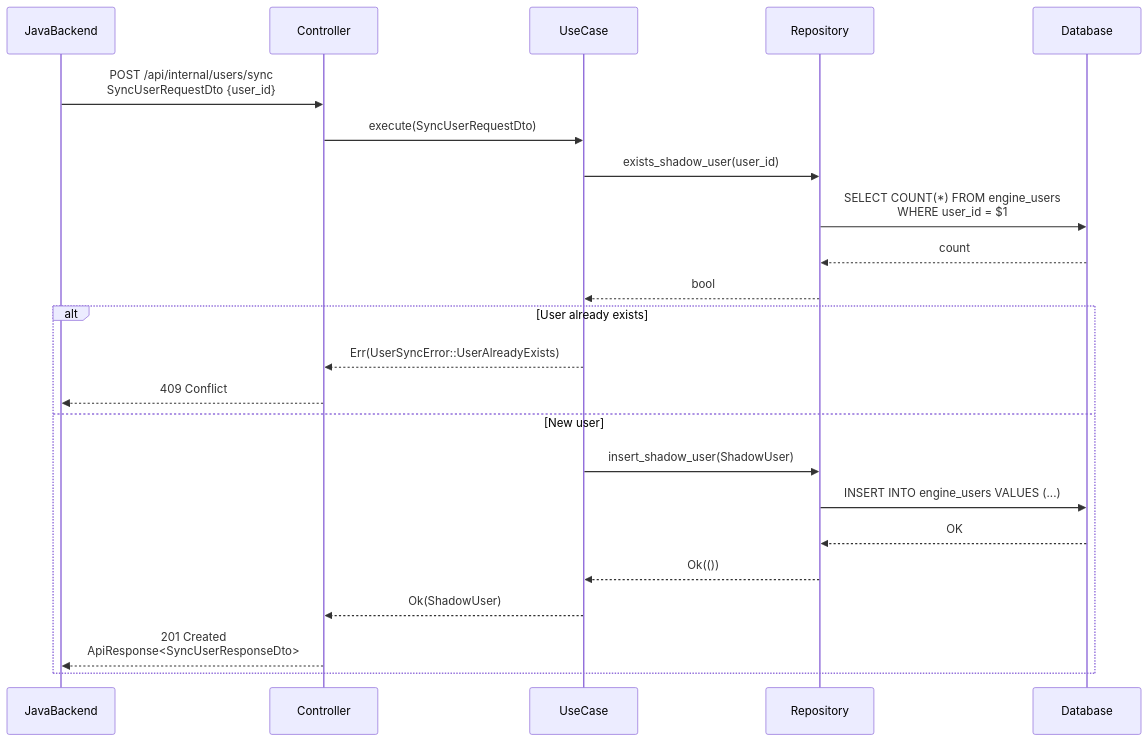
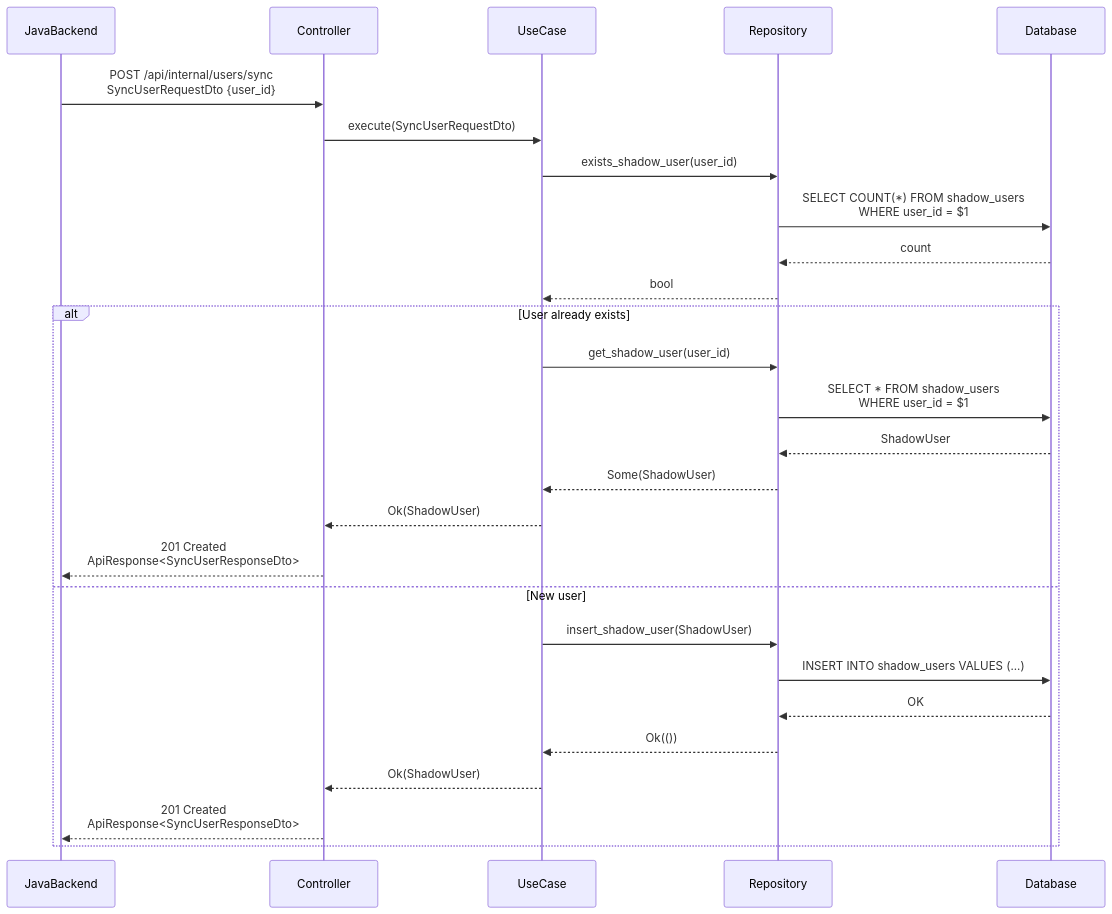
The tenth of 15 diagrams in ARCHITECTURE.md (advprog-2026-A14-project/yomu-backend-rust), drawn with Mermaid before and after one commit. The commit also changed other lines of this file and 1 other file, not shown here.

Commit message:
docs: update ARCHITECTURE.md and README.md with user_sync module details

````diff
--- a/ARCHITECTURE.md
+++ b/ARCHITECTURE.md
@@ -996,28 +1015,31 @@
 ```mermaid
 sequenceDiagram
     participant JavaBackend
     participant Controller
     participant UseCase
     participant Repository
     participant Database
 
     JavaBackend->>Controller: POST /api/internal/users/sync<br/>SyncUserRequestDto {user_id}
     Controller->>UseCase: execute(SyncUserRequestDto)
     UseCase->>Repository: exists_shadow_user(user_id)
-    Repository->>Database: SELECT COUNT(*) FROM engine_users<br/>WHERE user_id = $1
+    Repository->>Database: SELECT COUNT(*) FROM shadow_users<br/>WHERE user_id = $1
     Database-->>Repository: count
     Repository-->>UseCase: bool
 
     alt User already exists
-        UseCase-->>Controller: Err(UserSyncError::UserAlreadyExists)
-        Controller-->>JavaBackend: 409 Conflict
+        UseCase->>Repository: get_shadow_user(user_id)
+        Repository->>Database: SELECT * FROM shadow_users<br/>WHERE user_id = $1
+        Database-->>Repository: ShadowUser
+        Repository-->>UseCase: Some(ShadowUser)
+        UseCase-->>Controller: Ok(ShadowUser)
+        Controller-->>JavaBackend: 201 Created<br/>ApiResponse<SyncUserResponseDto>
     else New user
         UseCase->>Repository: insert_shadow_user(ShadowUser)
-        Repository->>Database: INSERT INTO engine_users VALUES (...)
+        Repository->>Database: INSERT INTO shadow_users VALUES (...)
         Database-->>Repository: OK
         Repository-->>UseCase: Ok(())
-
         UseCase-->>Controller: Ok(ShadowUser)
         Controller-->>JavaBackend: 201 Created<br/>ApiResponse<SyncUserResponseDto>
     end
 ```
````
